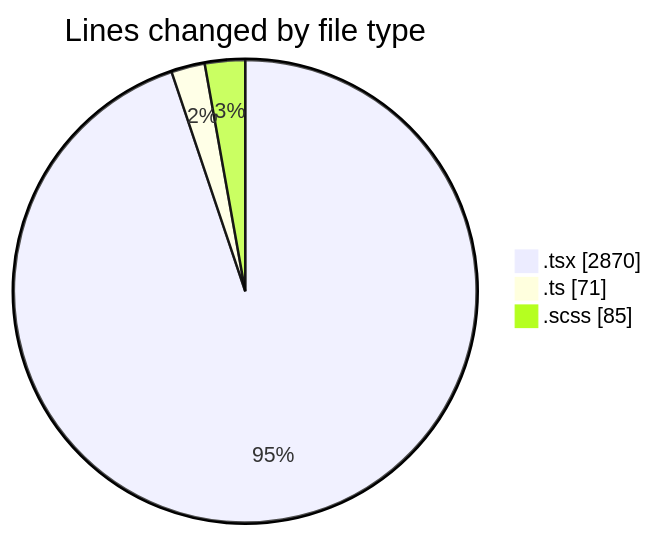
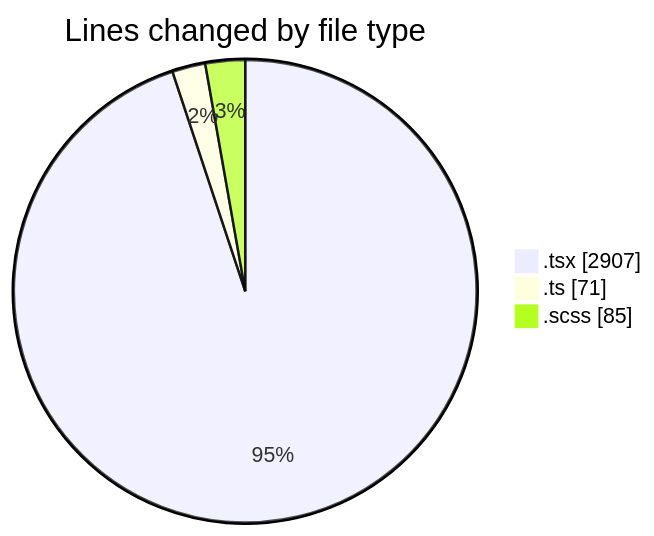
Before and after one commit to momahboobian/code-tracking: the first of 2 diagrams in 2025-02-11/cda/README.md, drawn with Mermaid. The commit also changed other lines of this file and 1 other file, not shown here.

````diff
--- a/2025-02-11/cda/README.md
+++ b/2025-02-11/cda/README.md
@@ -24,7 +24,7 @@
 ```mermaid
 pie showData
 title Lines changed by file type
-".tsx" : 2870
+".tsx" : 2907
 ".ts" : 71
 ".scss" : 85
 ```
````
